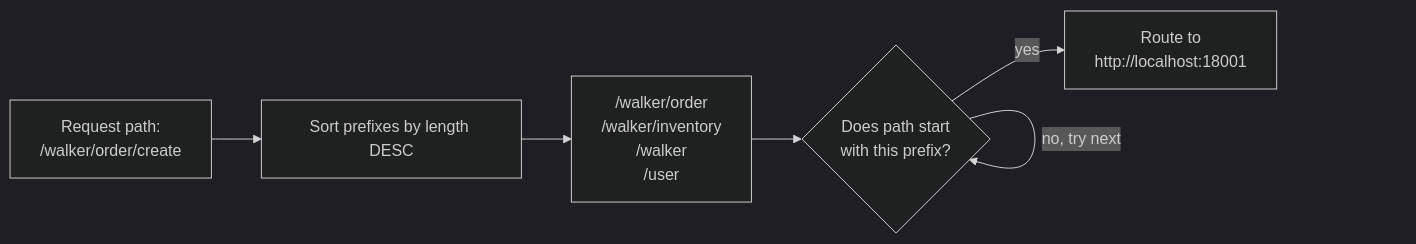
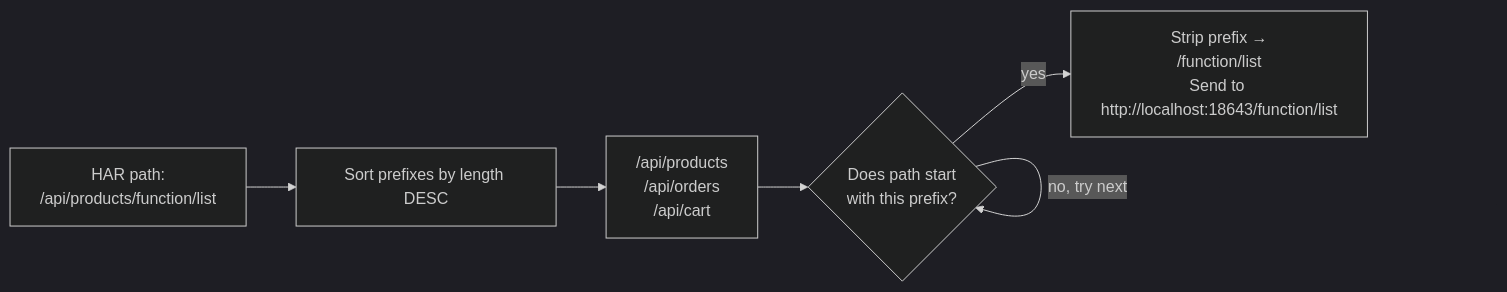
Before and after one commit to SahanUday/jac-loadtest: the fourth of 4 diagrams in docs/ARCHITECTURE.md, drawn with Mermaid (dark theme). The commit also changed other lines of this file and 16 other files, not shown here.

````diff
--- a/docs/ARCHITECTURE.md
+++ b/docs/ARCHITECTURE.md
@@ -871,8 +872,8 @@
 ```mermaid
 flowchart LR
-    A["Request path:\n/walker/order/create"] --> B["Sort prefixes by length DESC"]
-    B --> C["/walker/order\n/walker/inventory\n/walker\n/user"]
+    A["HAR path:\n/api/products/function/list"] --> B["Sort prefixes by length DESC"]
+    B --> C["/api/products\n/api/orders\n/api/cart"]
     C --> D{"Does path start\nwith this prefix?"}
-    D -->|yes| E["Route to\nhttp://localhost:18001"]
+    D -->|yes| E["Strip prefix →\n/function/list\nSend to http://localhost:18643/function/list"]
     D -->|no, try next| D
 ```
````
